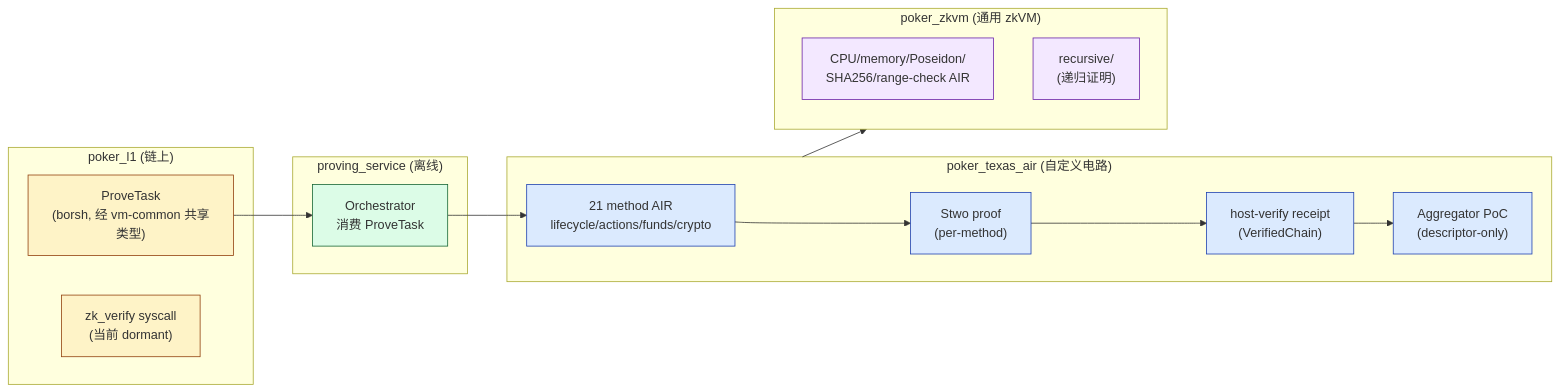
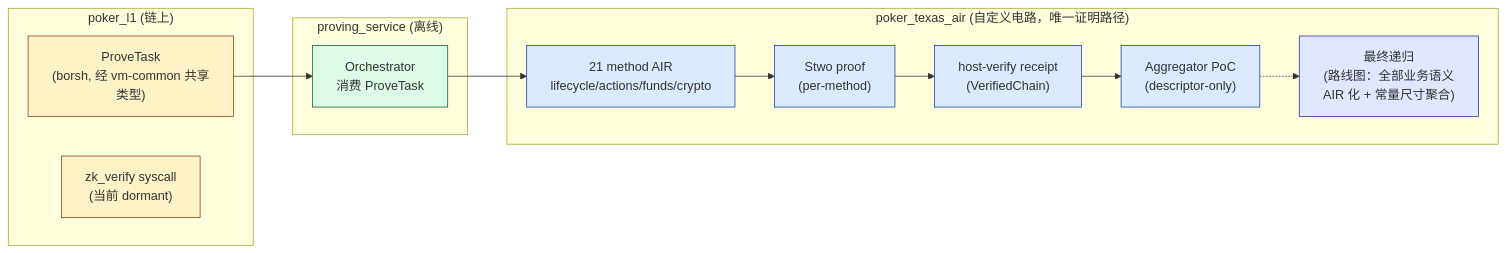
The third of 7 diagrams in docs/00-architecture-overview.md (linqining/zchain), drawn with Mermaid before and after one commit. The commit also changed other lines of this file and 75 other files, not shown here.

Commit message:
feat: remove poker zkvm

````diff
--- a/docs/00-architecture-overview.md
+++ b/docs/00-architecture-overview.md
@@ -193,36 +206,33 @@
 ```mermaid
 graph LR
     subgraph L1["poker_l1 (链上)"]
         TASK["ProveTask<br/>(borsh, 经 vm-common 共享类型)"]
         ZKV["zk_verify syscall<br/>(当前 dormant)"]
     end
     subgraph SVC["proving_service (离线)"]
         ORCH["Orchestrator<br/>消费 ProveTask"]
     end
-    subgraph AIR["poker_texas_air (自定义电路)"]
+    subgraph AIR["poker_texas_air (自定义电路，唯一证明路径)"]
         M21["21 method AIR<br/>lifecycle/actions/funds/crypto"]
         PROOF["Stwo proof<br/>(per-method)"]
         VCHR["host-verify receipt<br/>(VerifiedChain)"]
         AGG["Aggregator PoC<br/>(descriptor-only)"]
-    end
-    subgraph ZKVM["poker_zkvm (通用 zkVM)"]
-        CPU["CPU/memory/Poseidon/<br/>SHA256/range-check AIR"]
-        REC["recursive/<br/>(递归证明)"]
+        RECUR["最终递归<br/>(路线图：全部业务语义<br/>AIR 化 + 常量尺寸聚合)"]
     end
 
     TASK --> ORCH
     ORCH --> M21
     M21 --> PROOF
     PROOF --> VCHR
     VCHR --> AGG
-    AIR --> ZKVM
+    AGG -.-> RECUR
 
     classDef chain fill:#fef3c7,stroke:#92400e
     classDef svc fill:#dcfce7,stroke:#166534
     classDef air fill:#dbeafe,stroke:#1e40af
-    classDef zkvm fill:#f3e8ff,stroke:#6b21a8
+    classDef plan fill:#e0e7ff,stroke:#3730a3
     class TASK,ZKV chain
     class ORCH svc
     class M21,PROOF,VCHR,AGG air
-    class CPU,REC zkvm
+    class RECUR plan
 ```
````
